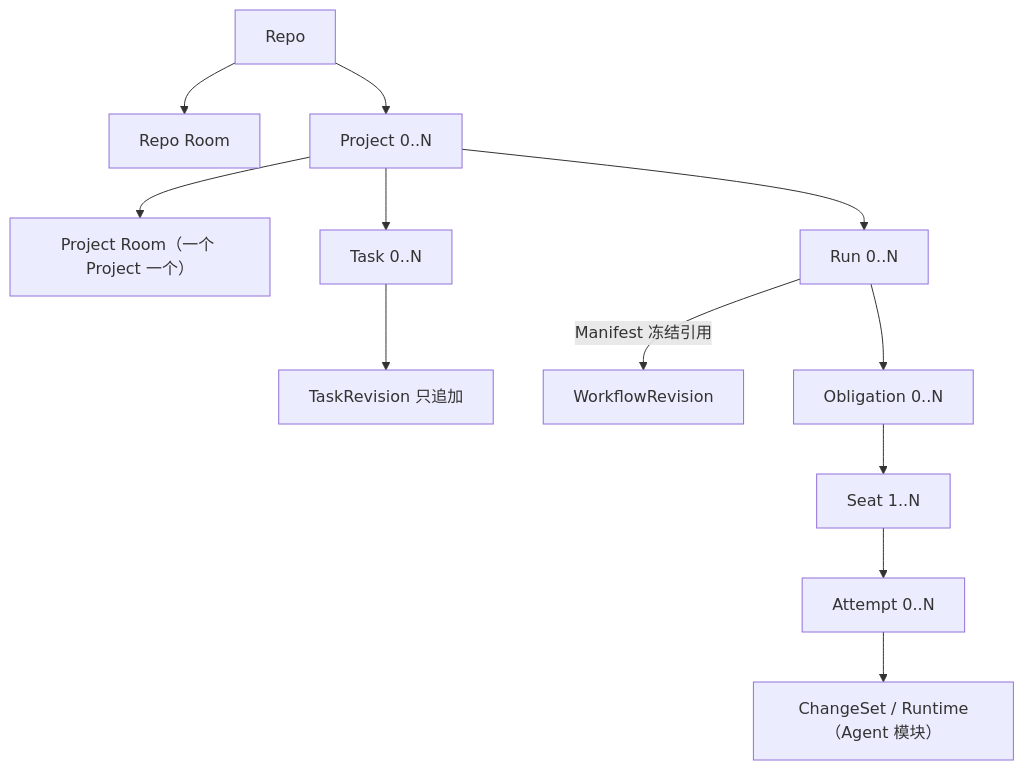
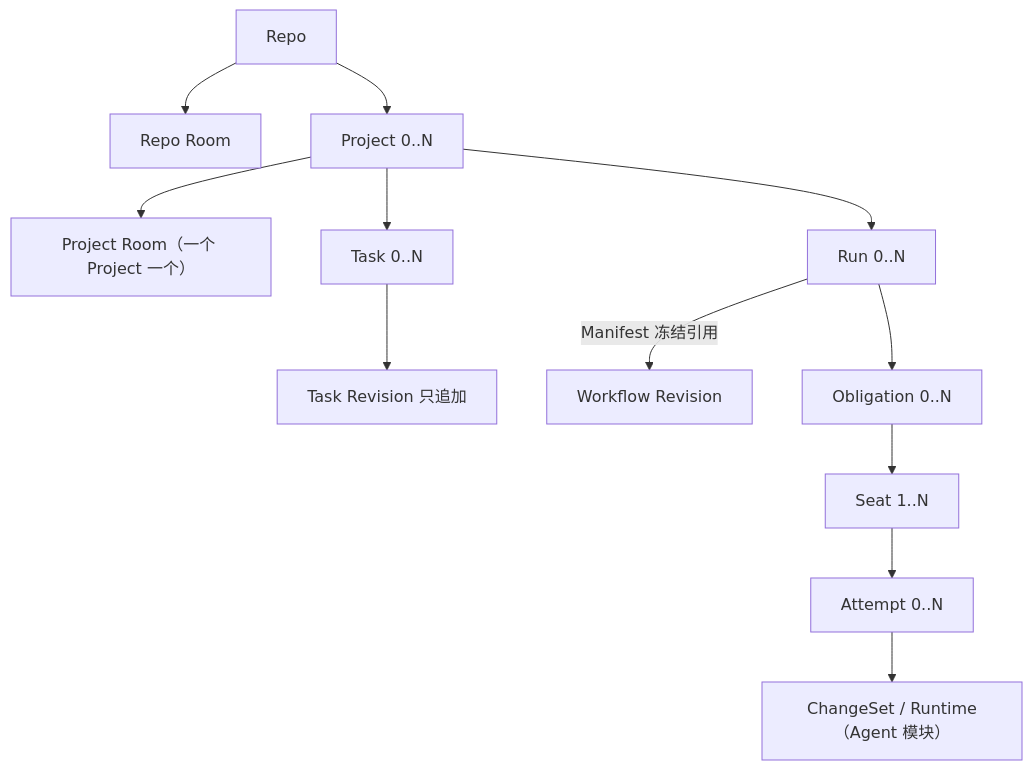
Before and after one commit to yesme/hctl2: the diagram in docs/design/README.md, drawn with Mermaid. The commit also changed other lines of this file and 18 other files, not shown here.

````diff
--- a/docs/design/README.md
+++ b/docs/design/README.md
@@ -21,14 +21,14 @@
 ```mermaid
 flowchart TD
     R["Repo"] --> RR["Repo Room"]
     R --> P["Project 0..N"]
     P --> PR["Project Room（一个 Project 一个）"]
     P --> T["Task 0..N"]
     P --> RN["Run 0..N"]
-    T --> TR["TaskRevision 只追加"]
-    RN -->|Manifest 冻结引用| W["WorkflowRevision"]
+    T --> TR["Task Revision 只追加"]
+    RN -->|Manifest 冻结引用| W["Workflow Revision"]
     RN --> O["Obligation 0..N"]
     O --> S["Seat 1..N"]
     S --> A["Attempt 0..N"]
     A --> CS["ChangeSet / Runtime（Agent 模块）"]
 ```
````
